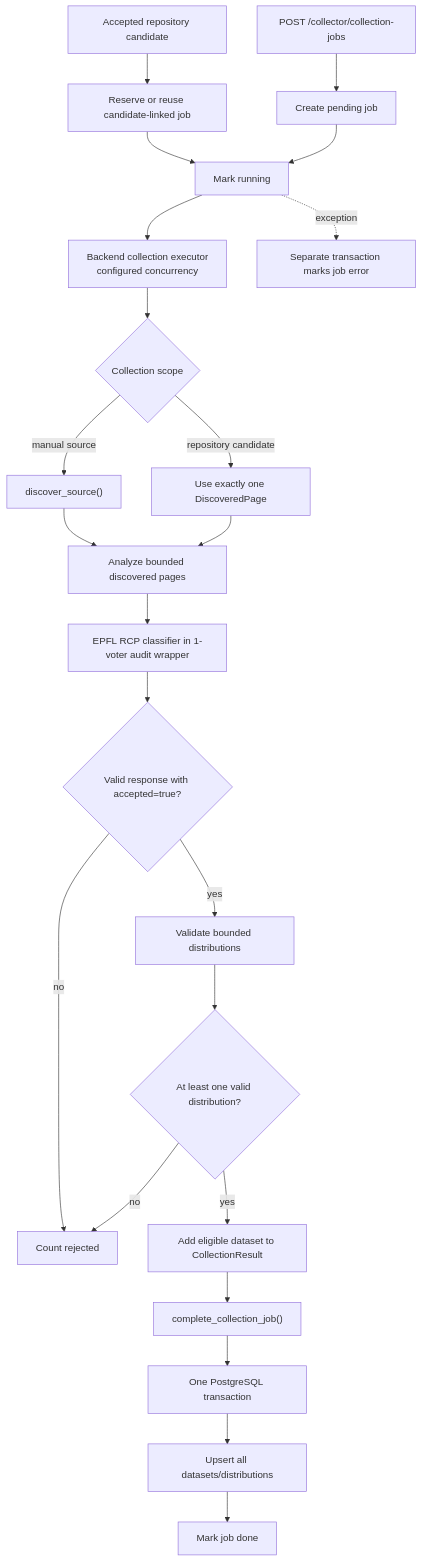
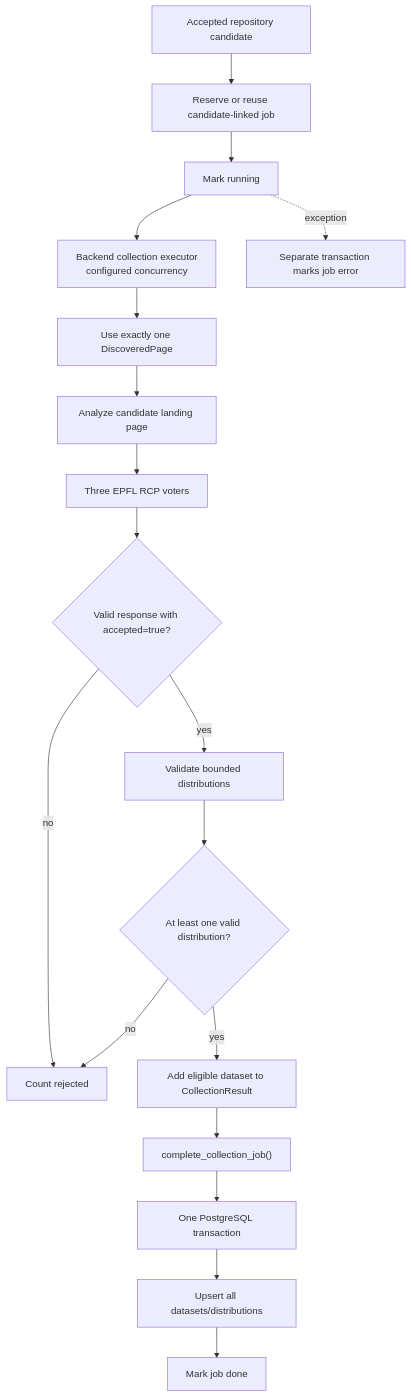
The fourth of 4 diagrams in docs/technical-design-document.md (nicolasberlin/global-health-dataset-catalog), drawn with Mermaid before and after one commit. The commit also changed other lines of this file and 52 other files, not shown here.

````diff
--- a/docs/technical-design-document.md
+++ b/docs/technical-design-document.md
@@ -218,25 +214,20 @@
 ```mermaid
 flowchart TD
-    Manual["POST /collector/collection-jobs"] --> Pending["Create pending job"]
     Automatic["Accepted repository candidate"] --> AutoPending["Reserve or reuse candidate-linked job"]
-    AutoPending --> Running
-    Pending --> Running["Mark running"]
+    AutoPending --> Running["Mark running"]
     Running --> Bounded["Backend collection executor<br/>configured concurrency"]
-    Bounded --> Scope{"Collection scope"}
-    Scope -->|manual source| Discover["discover_source()"]
-    Scope -->|repository candidate| Single["Use exactly one DiscoveredPage"]
-    Discover --> Analyze["Analyze bounded discovered pages"]
-    Single --> Analyze
-    Analyze --> PageClassifier["EPFL RCP classifier in 1-voter audit wrapper"]
+    Bounded --> Single["Use exactly one DiscoveredPage"]
+    Single --> Analyze["Analyze candidate landing page"]
+    Analyze --> PageClassifier["Three EPFL RCP voters"]
     PageClassifier --> Accepted{"Valid response with accepted=true?"}
     Accepted -->|no| Reject["Count rejected"]
     Accepted -->|yes| Validate["Validate bounded distributions"]
     Validate --> HasFile{"At least one valid distribution?"}
     HasFile -->|no| Reject
     HasFile -->|yes| Result["Add eligible dataset to CollectionResult"]
     Result --> Complete["complete_collection_job()"]
     Complete --> Transaction["One PostgreSQL transaction"]
     Transaction --> Save["Upsert all datasets/distributions"]
     Save --> Done["Mark job done"]
     Running -. exception .-> Error["Separate transaction marks job error"]
 ```
````
